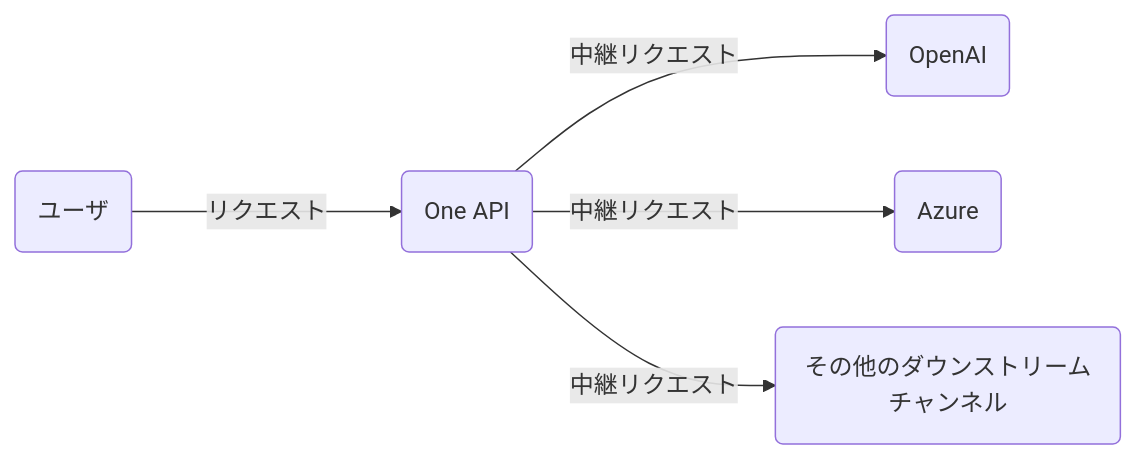
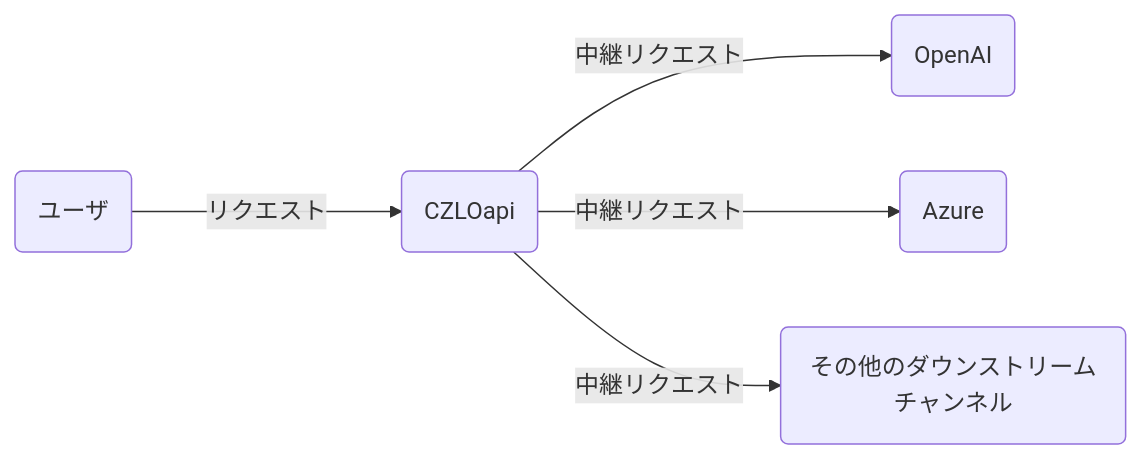
The diagram in README.ja.md (MartialBE/one-hub), drawn with Mermaid before and after one commit. The commit also changed other lines of this file and 15 other files, not shown here.

````diff
--- a/README.ja.md
+++ b/README.ja.md
@@ -246,8 +246,8 @@
 ```mermaid
 graph LR
     A(ユーザ)
-    A --->|リクエスト| B(One API)
+    A --->|リクエスト| B(CZLOapi)
     B -->|中継リクエスト| C(OpenAI)
     B -->|中継リクエスト| D(Azure)
     B -->|中継リクエスト| E(その他のダウンストリームチャンネル)
 ```
````
